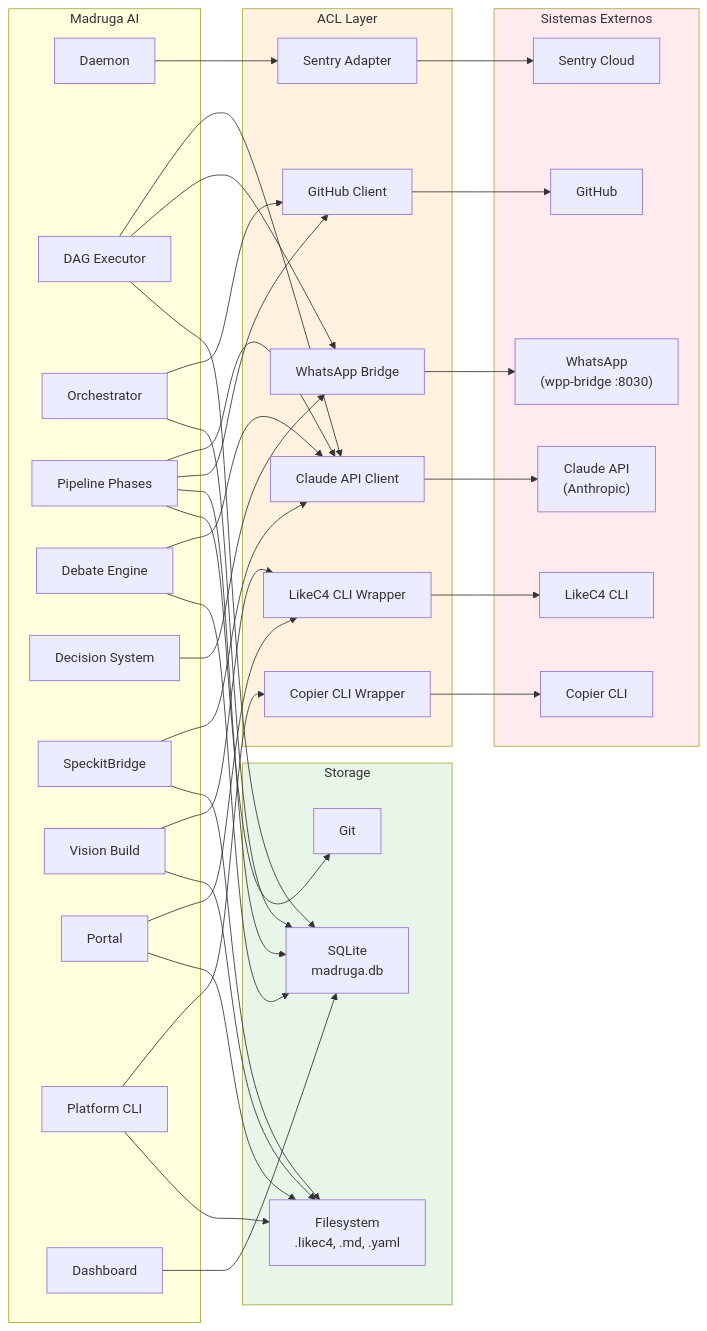
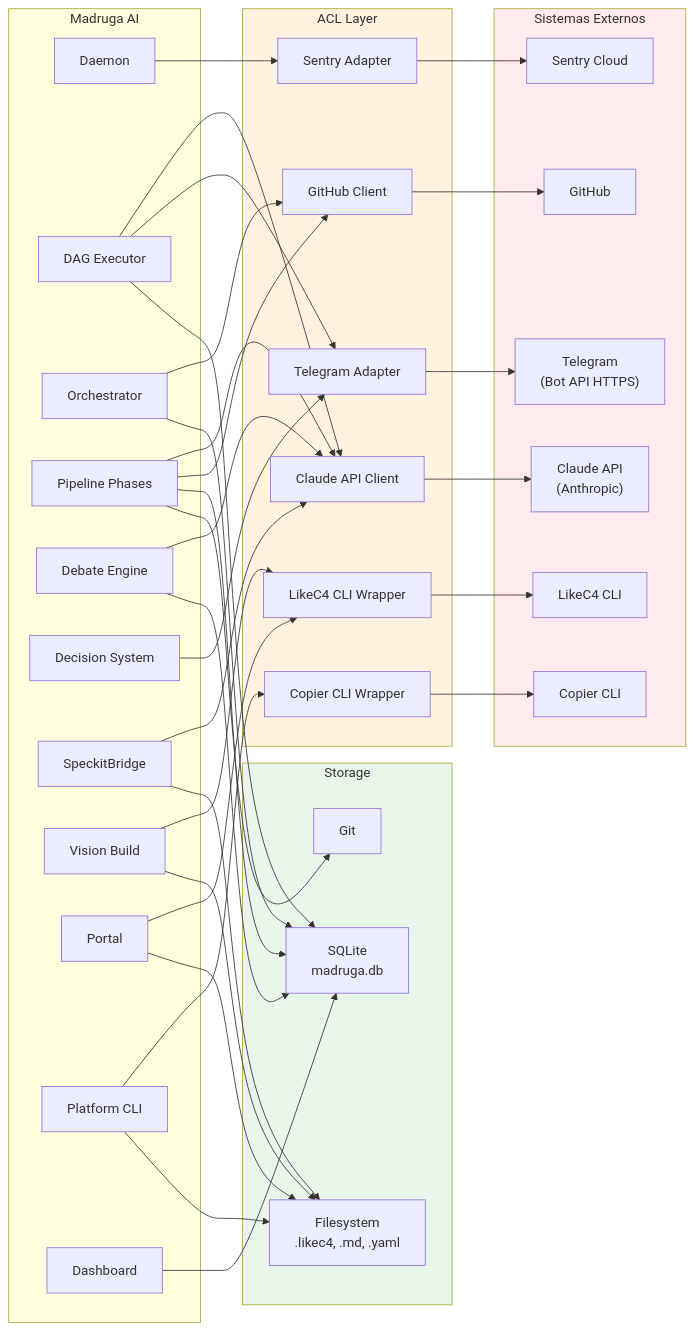
One commit to paceautomations/madruga.ai changed the diagram in platforms/madruga-ai/engineering/integrations.md. Above: the diagram before and after it, drawn with Mermaid. The commit also changed other lines of this file and 74 other files, not shown here.

First line of the commit message:
feat: epic-breakdown, roadmap expansion, skills hardening, portal polish, new ADRs 018-019

````diff
--- a/platforms/madruga-ai/engineering/integrations.md
+++ b/platforms/madruga-ai/engineering/integrations.md
@@ -11,80 +11,80 @@
 ```mermaid
 graph LR
     subgraph madruga["Madruga AI"]
         daemon["Daemon"]
         dag["DAG Executor"]
         orchestrator["Orchestrator"]
         pipeline["Pipeline Phases"]
         debate["Debate Engine"]
         decisions["Decision System"]
         bridge["SpeckitBridge"]
         vision["Vision Build"]
         portal["Portal"]
         pcli["Platform CLI"]
         dashboard["Dashboard"]
     end
 
     subgraph acl["ACL Layer"]
         claude_acl["Claude API Client"]
         github_acl["GitHub Client"]
-        whatsapp_acl["WhatsApp Bridge"]
+        telegram_acl["Telegram Adapter"]
         likec4_acl["LikeC4 CLI Wrapper"]
         copier_acl["Copier CLI Wrapper"]
         sentry_acl["Sentry Adapter"]
     end
 
     subgraph external["Sistemas Externos"]
         claude["Claude API<br/>(Anthropic)"]
         github["GitHub"]
-        whatsapp["WhatsApp<br/>(wpp-bridge :8030)"]
+        telegram["Telegram<br/>(Bot API HTTPS)"]
         likec4["LikeC4 CLI"]
         copier["Copier CLI"]
         sentry["Sentry Cloud"]
     end
 
     subgraph storage["Storage"]
         sqlite["SQLite<br/>madruga.db"]
         fs["Filesystem<br/>.likec4, .md, .yaml"]
         git["Git"]
     end
 
     pipeline --> claude_acl
     debate --> claude_acl
     bridge --> claude_acl
     dag --> claude_acl
     claude_acl --> claude
 
     orchestrator --> github_acl
     pipeline --> github_acl
     github_acl --> github
 
-    dag --> whatsapp_acl
-    decisions --> whatsapp_acl
-    whatsapp_acl --> whatsapp
+    dag --> telegram_acl
+    decisions --> telegram_acl
+    telegram_acl --> telegram
 
     vision --> likec4_acl
     portal --> likec4_acl
     likec4_acl --> likec4
 
     pcli --> copier_acl
     copier_acl --> copier
 
     daemon --> sentry_acl
     sentry_acl --> sentry
 
     orchestrator --> sqlite
     pipeline --> sqlite
     dashboard --> sqlite
     debate --> sqlite
     dag --> sqlite
 
     portal --> fs
     vision --> fs
     pcli --> fs
     bridge --> fs
     pipeline --> git
 
     style acl fill:#FFF3E0
     style external fill:#FFEBEE
     style storage fill:#E8F5E9
 ```
````
